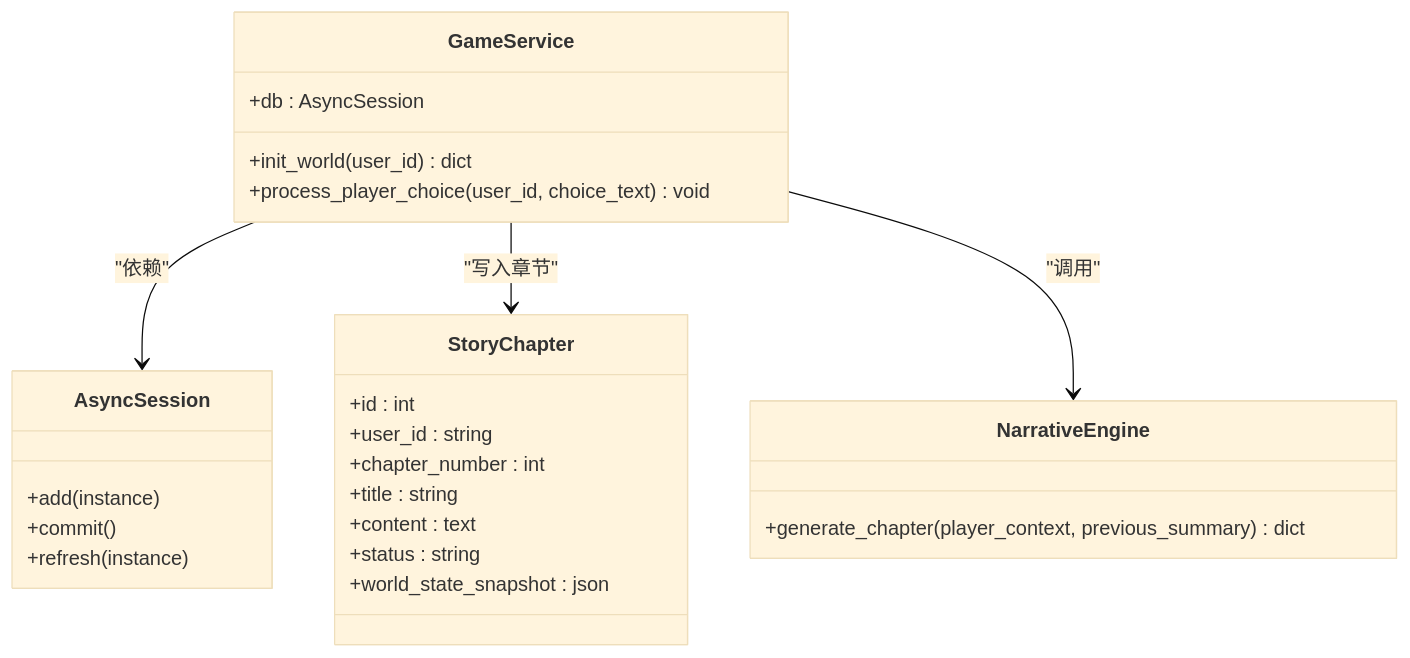
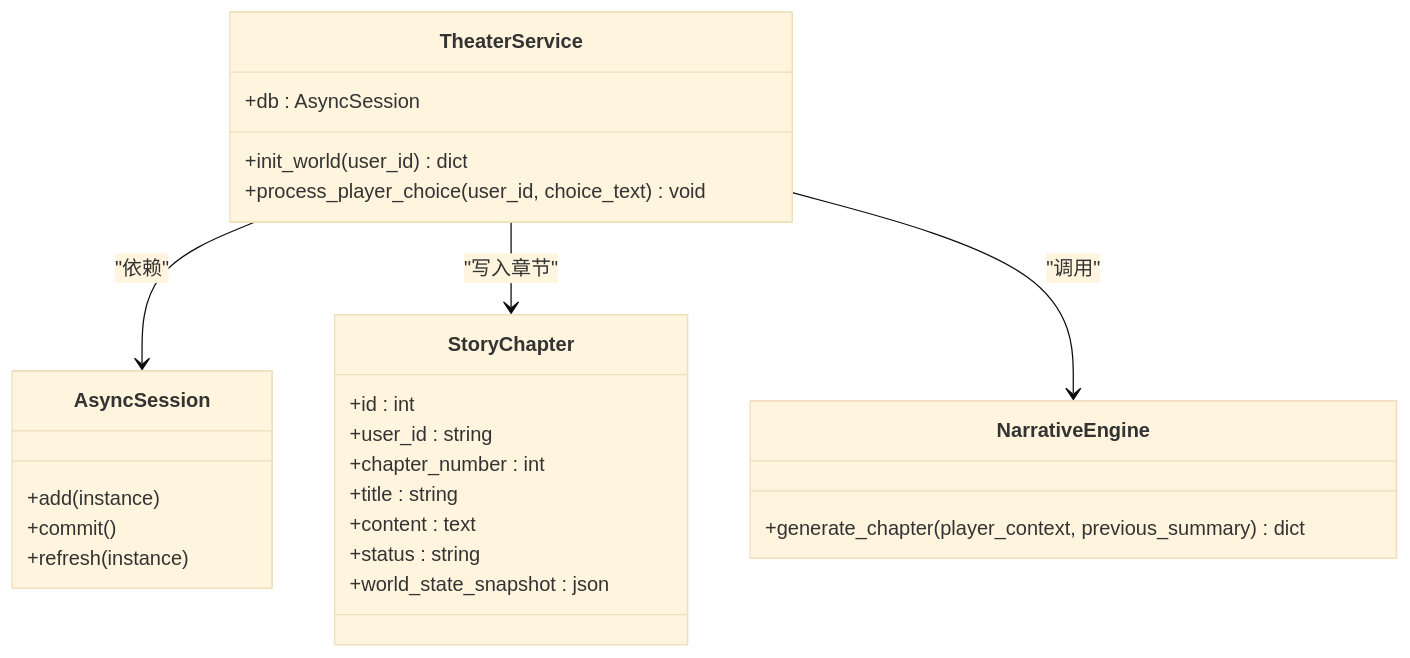
The third of 12 diagrams in .qoder/repowiki/zh/content/后端开发指南/业务逻辑层.md (KunLabAI/KunFlix), drawn with Mermaid (base theme) before and after one commit. The commit also changed other lines of this file and 112 other files, not shown here.

````diff
--- a/.qoder/repowiki/zh/content/后端开发指南/业务逻辑层.md
+++ b/.qoder/repowiki/zh/content/后端开发指南/业务逻辑层.md
@@ -224,28 +224,28 @@
 ```mermaid
 classDiagram
-class GameService {
+class TheaterService {
 +db : AsyncSession
 +init_world(user_id) dict
 +process_player_choice(user_id, choice_text) void
 }
 class AsyncSession {
 +add(instance)
 +commit()
 +refresh(instance)
 }
 class StoryChapter {
 +id : int
 +user_id : string
 +chapter_number : int
 +title : string
 +content : text
 +status : string
 +world_state_snapshot : json
 }
 class NarrativeEngine {
 +generate_chapter(player_context, previous_summary) dict
 }
-GameService --> AsyncSession : "依赖"
-GameService --> StoryChapter : "写入章节"
-GameService --> NarrativeEngine : "调用"
+TheaterService --> AsyncSession : "依赖"
+TheaterService --> StoryChapter : "写入章节"
+TheaterService --> NarrativeEngine : "调用"
 ```
````
